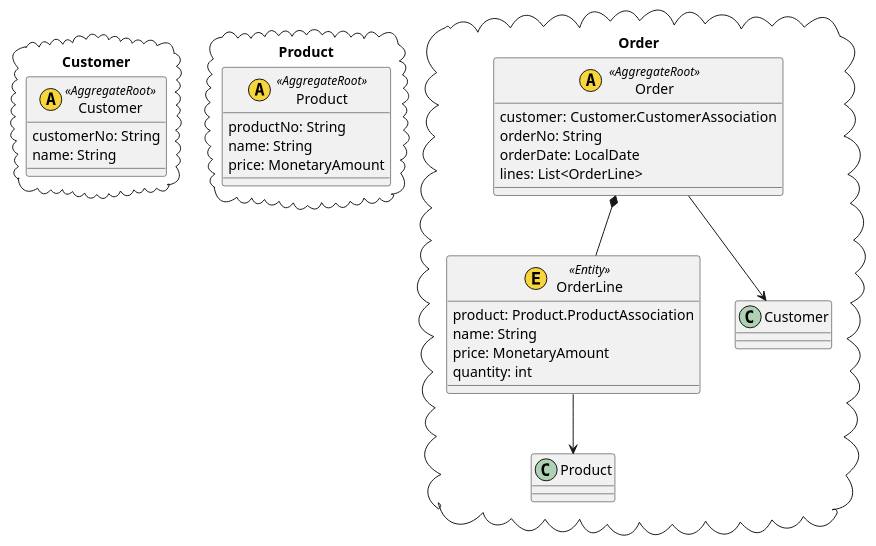
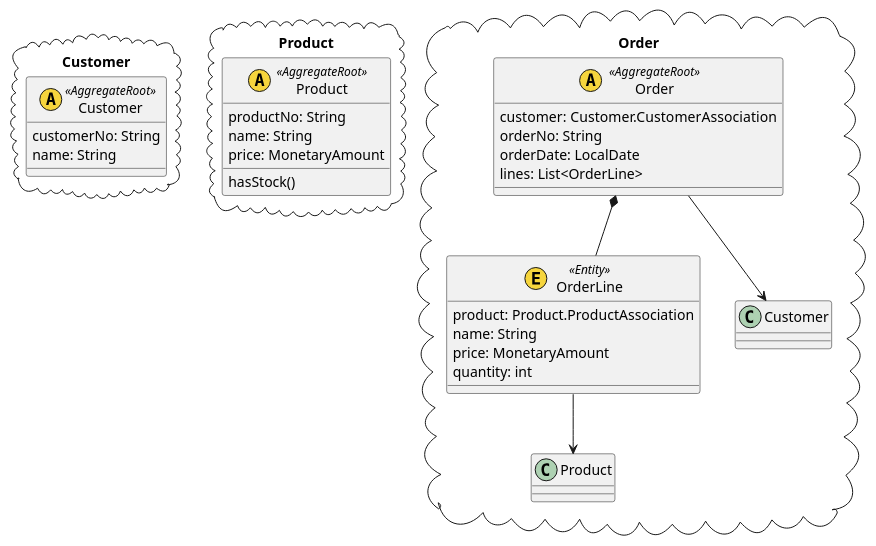
Before and after one commit to kiyotake-tagbangers/ddd-playground: the diagram in domain-model-aggregates.puml, drawn with PlantUML. The commit also changed 4 other files, not shown here.

```diff
--- a/domain-model-aggregates.puml
+++ b/domain-model-aggregates.puml
@@ -1,43 +1,44 @@
 @startuml
 
 package Customer <<Cloud>> {
     class Customer << (A,#f6d53d) AggregateRoot >> {
         customerNo: String
         name: String
     }
 }
 package Product <<Cloud>> {
     class Product << (A,#f6d53d) AggregateRoot >> {
         productNo: String
         name: String
         price: MonetaryAmount
+        hasStock()
     }
 }
 package Order <<Cloud>> {
     class Order << (A,#f6d53d) AggregateRoot >> {
         customer: Customer.CustomerAssociation
         orderNo: String
         orderDate: LocalDate
         lines: List<OrderLine>
     }
     class OrderLine << (E,#f6d53d) Entity >>  {
         product: Product.ProductAssociation
         name: String
         price: MonetaryAmount
         quantity: int
     }
     Order --> Customer
     Order *-- OrderLine
     OrderLine --> Product
 }
 
 'Admin "1" -u-> "n" Vote : association
 'Admin "1" -u-> "n" Decision : association
 'Admin "1" -u-> "n" Comment : association
 '
 'Application "1" *-- "n" Vote : aggregation
 'Application "1" *-- "1" Decision : aggregation
 'Application "1" --> "n" Comment : association
 'Application "1" --> "n" Attachment : association
 
 @enduml
```
